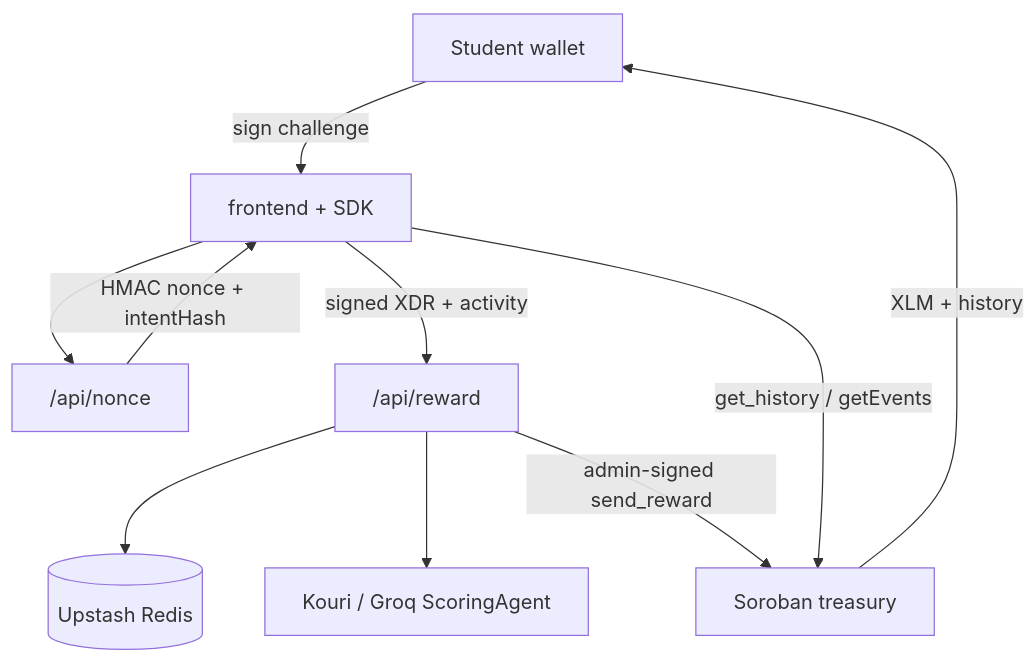
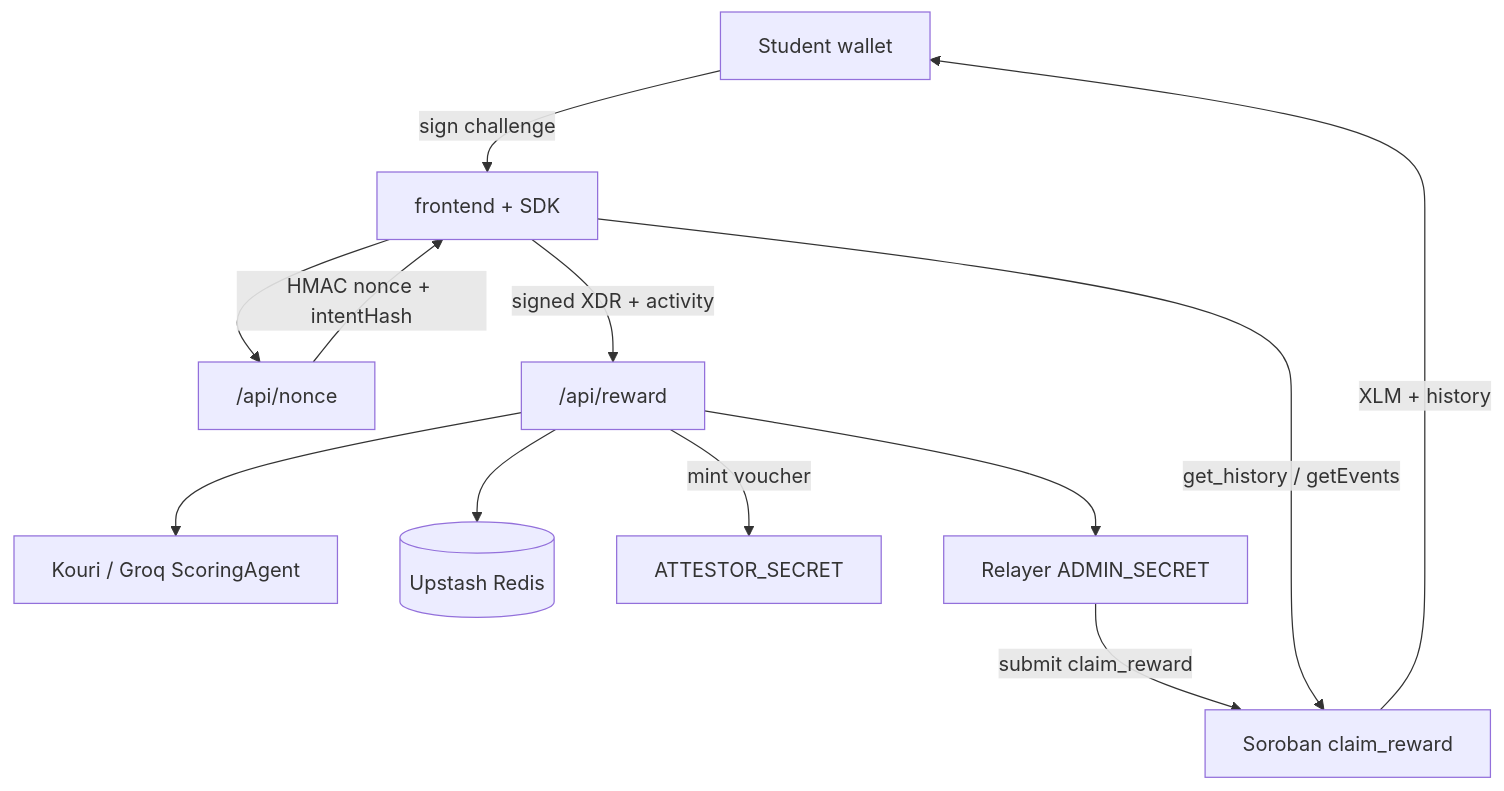
The first of 2 diagrams in docs/ARCHITECTURE.md (TadeyRuk/Achievo), drawn with Mermaid before and after one commit. The commit also changed other lines of this file and 44 other files, not shown here.

First line of the commit message:
Gate payouts with attestor vouchers and on-chain claim_reward.

````diff
--- a/docs/ARCHITECTURE.md
+++ b/docs/ARCHITECTURE.md
@@ -48,20 +50,24 @@
 ```mermaid
 flowchart TB
   Student[Student wallet]
   UI[frontend + SDK]
   Nonce["/api/nonce"]
   Reward["/api/reward"]
   Groq[Kouri / Groq ScoringAgent]
   Redis[(Upstash Redis)]
-  Contract[Soroban treasury]
+  Attestor[ATTESTOR_SECRET]
+  Relayer[Relayer ADMIN_SECRET]
+  Contract[Soroban claim_reward]
 
   Student -->|sign challenge| UI
   UI --> Nonce
   Nonce -->|HMAC nonce + intentHash| UI
   UI -->|signed XDR + activity| Reward
   Reward --> Redis
   Reward --> Groq
-  Reward -->|admin-signed send_reward| Contract
+  Reward -->|mint voucher| Attestor
+  Reward --> Relayer
+  Relayer -->|submit claim_reward| Contract
   Contract -->|XLM + history| Student
   UI -->|get_history / getEvents| Contract
 ```
````
